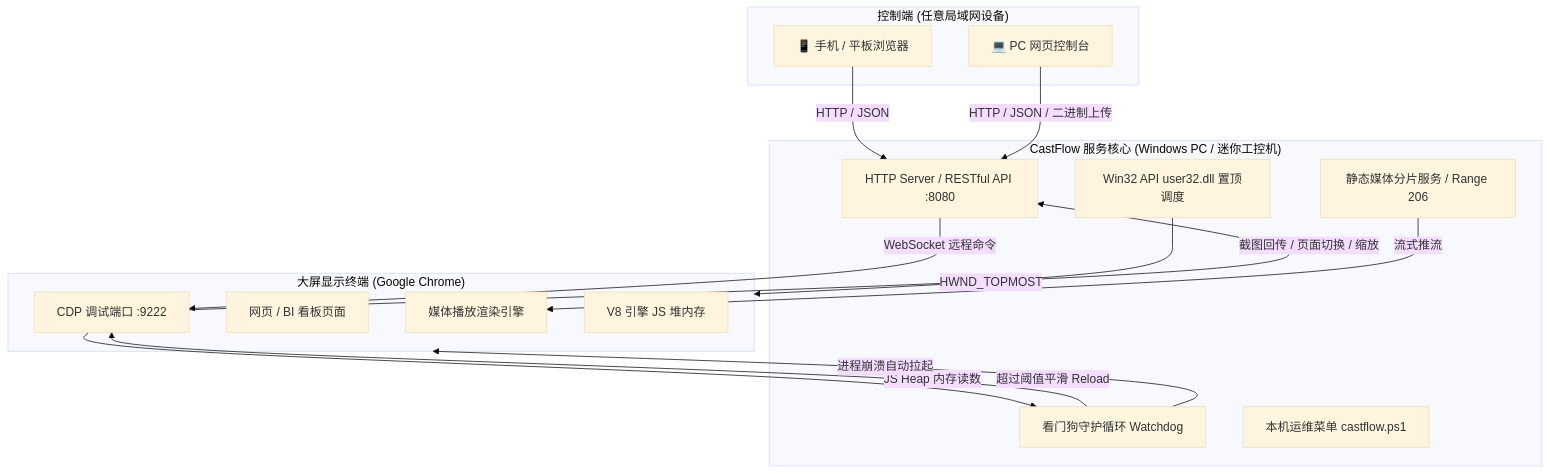
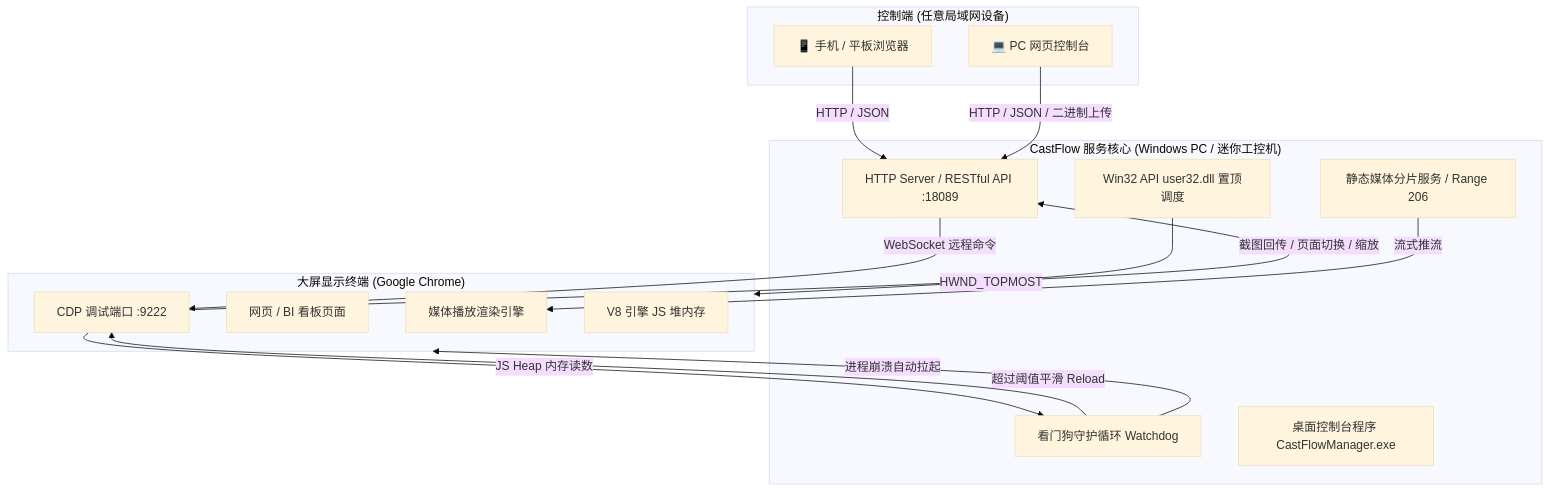
The diagram in README.md (caoyek/castflow), drawn with Mermaid (base theme) before and after one commit. The commit also changed other lines of this file and 14 other files, not shown here.

Commit message:
feat: 重构控制台为 Windows 原生桌面程序，更新品牌图标并优化静态资源服务

````diff
--- a/README.md
+++ b/README.md
@@ -62,33 +62,33 @@
 ```mermaid
 flowchart TD
     subgraph Client["控制端 (任意局域网设备)"]
         A1["📱 手机 / 平板浏览器"]
         A2["💻 PC 网页控制台"]
     end
 
     subgraph Server["CastFlow 服务核心 (Windows PC / 迷你工控机)"]
-        B1["HTTP Server / RESTful API :8080"]
+        B1["HTTP Server / RESTful API :18089"]
         B2["静态媒体分片服务 / Range 206"]
         B3["看门狗守护循环 Watchdog"]
-        B4["本机运维菜单 castflow.ps1"]
+        B4["桌面控制台程序 CastFlowManager.exe"]
         B5["Win32 API user32.dll 置顶调度"]
     end
 
     subgraph Browser["大屏显示终端 (Google Chrome)"]
         C1["CDP 调试端口 :9222"]
         C2["网页 / BI 看板页面"]
         C3["媒体播放渲染引擎"]
         C4["V8 引擎 JS 堆内存"]
     end
 
     A1 -->|"HTTP / JSON"| B1
     A2 -->|"HTTP / JSON / 二进制上传"| B1
 
     B1 -->|"WebSocket 远程命令"| C1
     C1 -->|"截图回传 / 页面切换 / 缩放"| B1
     C1 -->|"JS Heap 内存读数"| B3
     B3 -->|"超过阈值平滑 Reload"| C1
     B3 -->|"进程崩溃自动拉起"| Browser
     B5 -->|"HWND_TOPMOST"| Browser
     B2 -->|"流式推流"| C3
 ```
````
